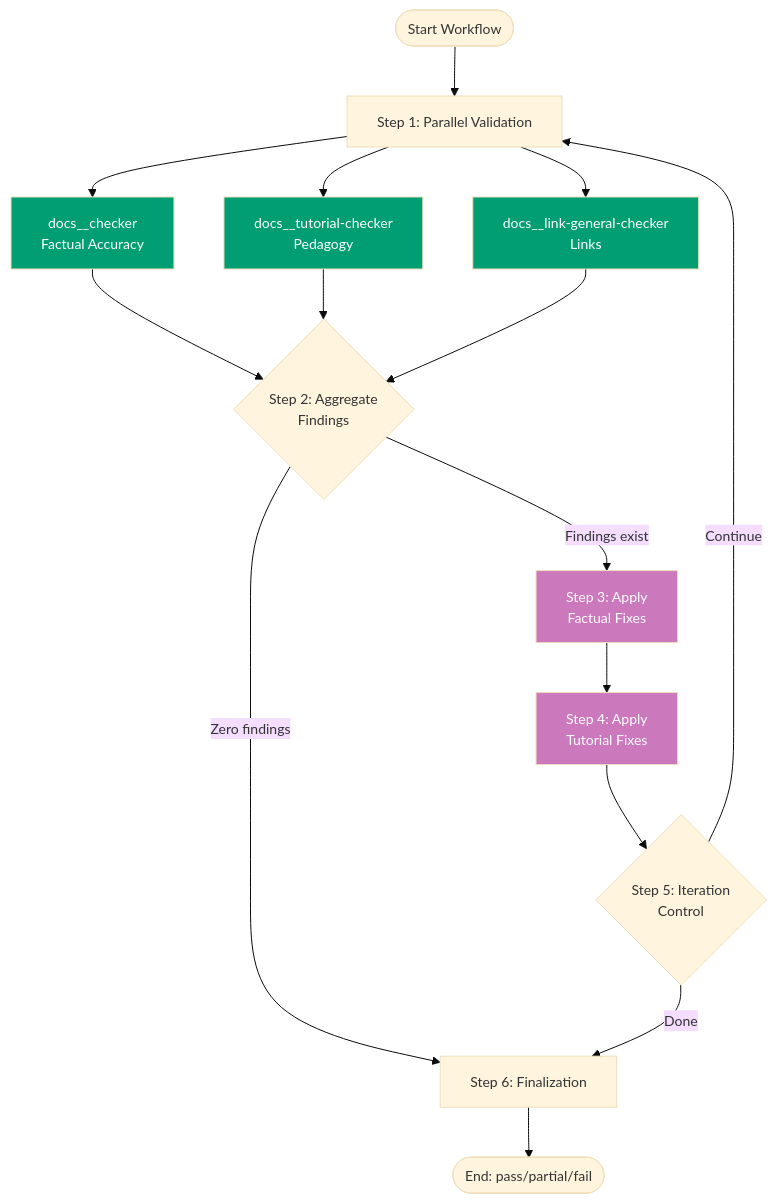
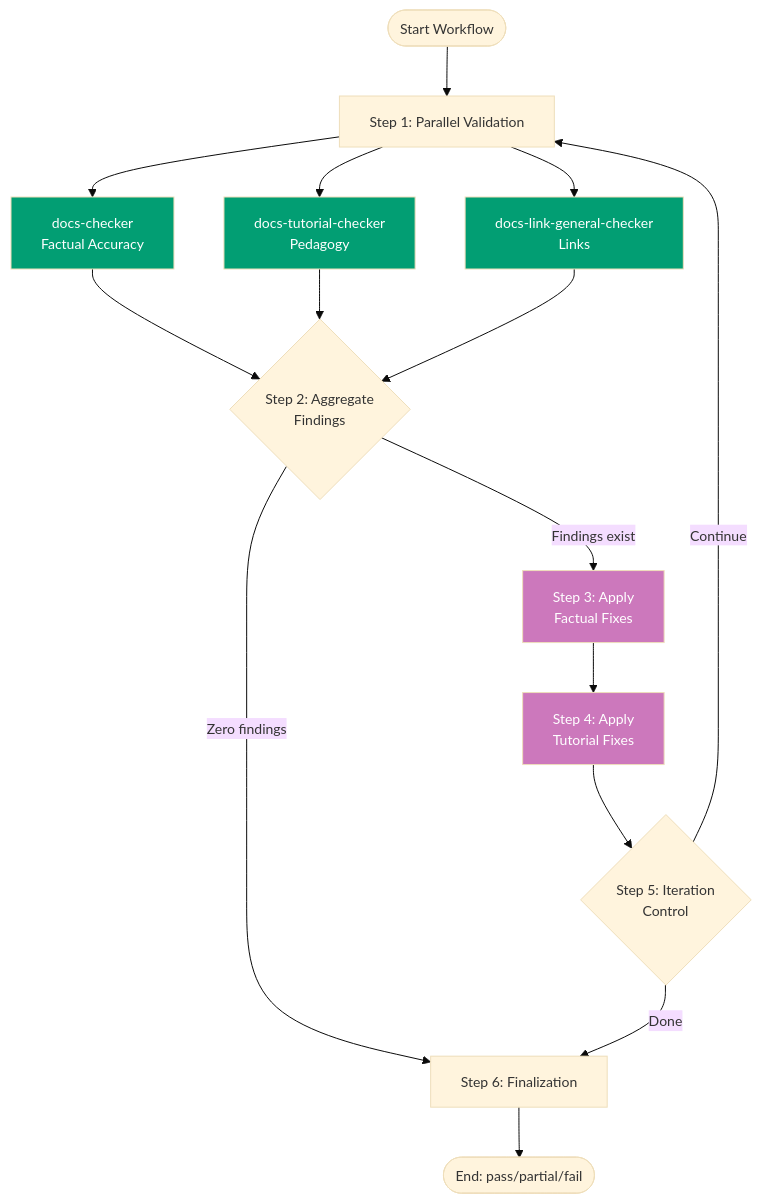
Before and after one commit to wahidyankf/open-sharia-enterprise: the diagram in governance/workflows/docs/quality-gate.md, drawn with Mermaid. The commit also changed other lines of this file and 106 other files, not shown here.

````diff
--- a/governance/workflows/docs/quality-gate.md
+++ b/governance/workflows/docs/quality-gate.md
@@ -94,30 +94,30 @@
 ```mermaid
 %%{init: {'theme':'base', 'themeVariables': { 'fontSize':'14px'}}}%%
 graph TB
     Start([Start Workflow]) --> Step1[Step 1: Parallel Validation]
 
-    Step1 --> Check1[docs__checker<br/>Factual Accuracy]
-    Step1 --> Check2[docs__tutorial-checker<br/>Pedagogy]
-    Step1 --> Check3[docs__link-general-checker<br/>Links]
+    Step1 --> Check1[docs-checker<br/>Factual Accuracy]
+    Step1 --> Check2[docs-tutorial-checker<br/>Pedagogy]
+    Step1 --> Check3[docs-link-general-checker<br/>Links]
 
     Check1 --> Step2{Step 2: Aggregate<br/>Findings}
     Check2 --> Step2
     Check3 --> Step2
 
     Step2 -->|Zero findings| Step6[Step 6: Finalization]
     Step2 -->|Findings exist| Step3[Step 3: Apply<br/>Factual Fixes]
 
     Step3 --> Step4[Step 4: Apply<br/>Tutorial Fixes]
     Step4 --> Step5{Step 5: Iteration<br/>Control}
 
     Step5 -->|Continue| Step1
     Step5 -->|Done| Step6
 
     Step6 --> End([End: pass/partial/fail])
 
     style Check1 fill:#029E73,color:#fff
     style Check2 fill:#029E73,color:#fff
     style Check3 fill:#029E73,color:#fff
     style Step3 fill:#CC78BC,color:#fff
     style Step4 fill:#CC78BC,color:#fff
 ```
````
